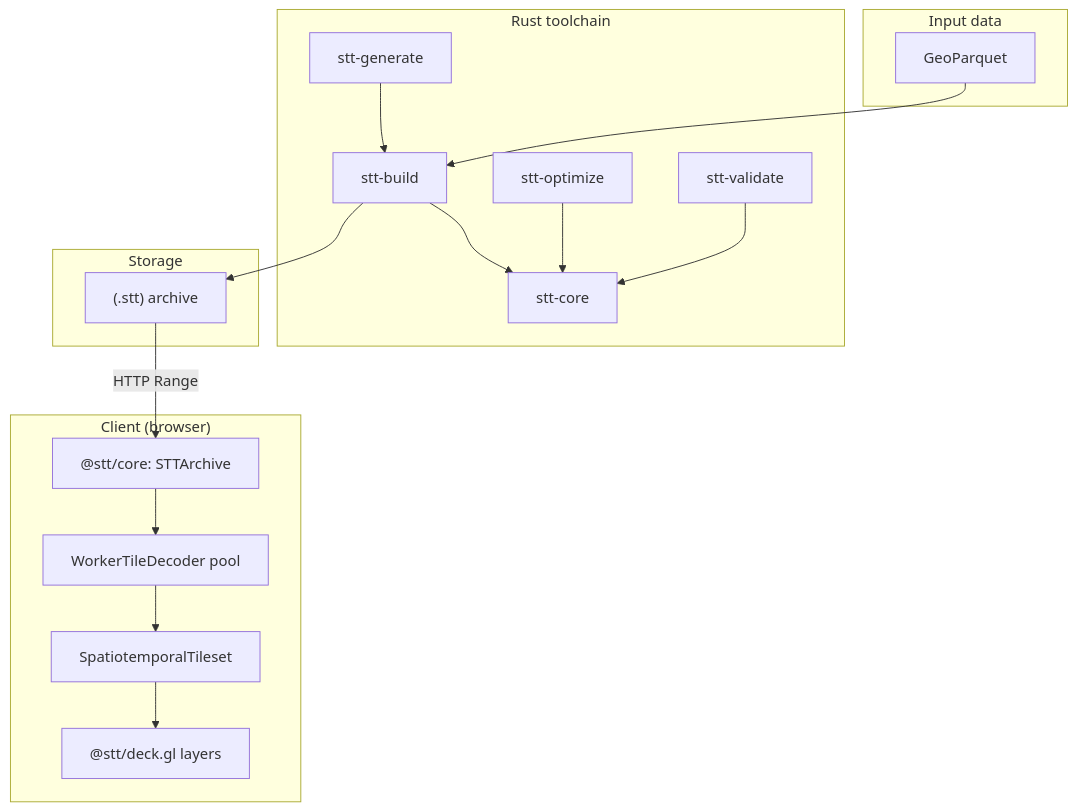
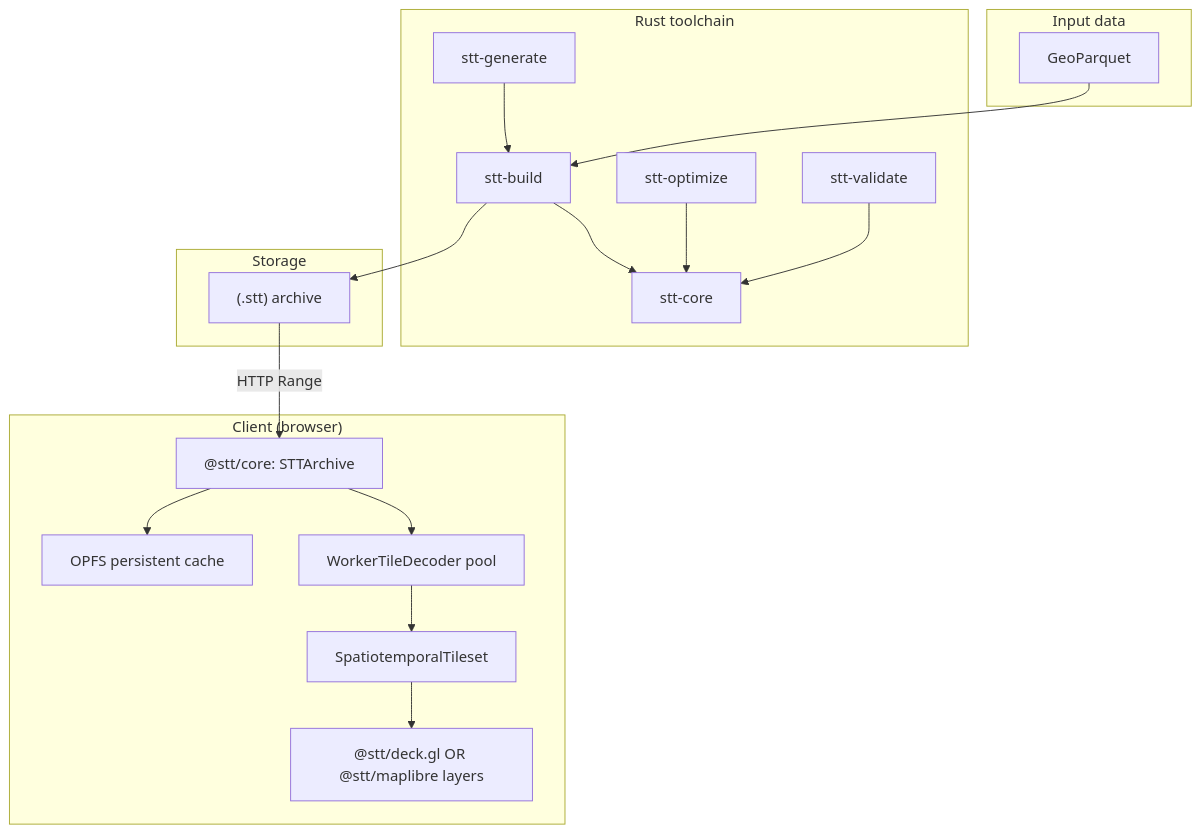
One commit to BertCh/poopdeck.gl changed the diagram in docs/architecture/system-overview.md. Above: the diagram before and after it, drawn with Mermaid. The commit also changed other lines of this file and 63 other files, not shown here.

````diff
--- a/docs/architecture/system-overview.md
+++ b/docs/architecture/system-overview.md
@@ -7,36 +7,38 @@
 ```mermaid
 graph TD
     subgraph "Input data"
         PARQUET[GeoParquet]
     end
 
     subgraph "Rust toolchain"
         BUILD[stt-build]
         OPTIMIZE[stt-optimize]
         VALIDATE[stt-validate]
         GEN[stt-generate]
         CORE_RS[stt-core]
         BUILD --> CORE_RS
         OPTIMIZE --> CORE_RS
         VALIDATE --> CORE_RS
         GEN --> BUILD
     end
 
     subgraph "Storage"
         STT["(.stt) archive"]
     end
 
     subgraph "Client (browser)"
         ARCHIVE["@stt/core: STTArchive"]
+        OPFS["OPFS persistent cache"]
         DECODER["WorkerTileDecoder pool"]
         TILESET[SpatiotemporalTileset]
-        LAYERS["@stt/deck.gl layers"]
+        LAYERS["@stt/deck.gl OR @stt/maplibre layers"]
+        ARCHIVE --> OPFS
         ARCHIVE --> DECODER
         DECODER --> TILESET
         TILESET --> LAYERS
     end
 
     PARQUET --> BUILD
     BUILD --> STT
     STT -->|HTTP Range| ARCHIVE
 ```
````
